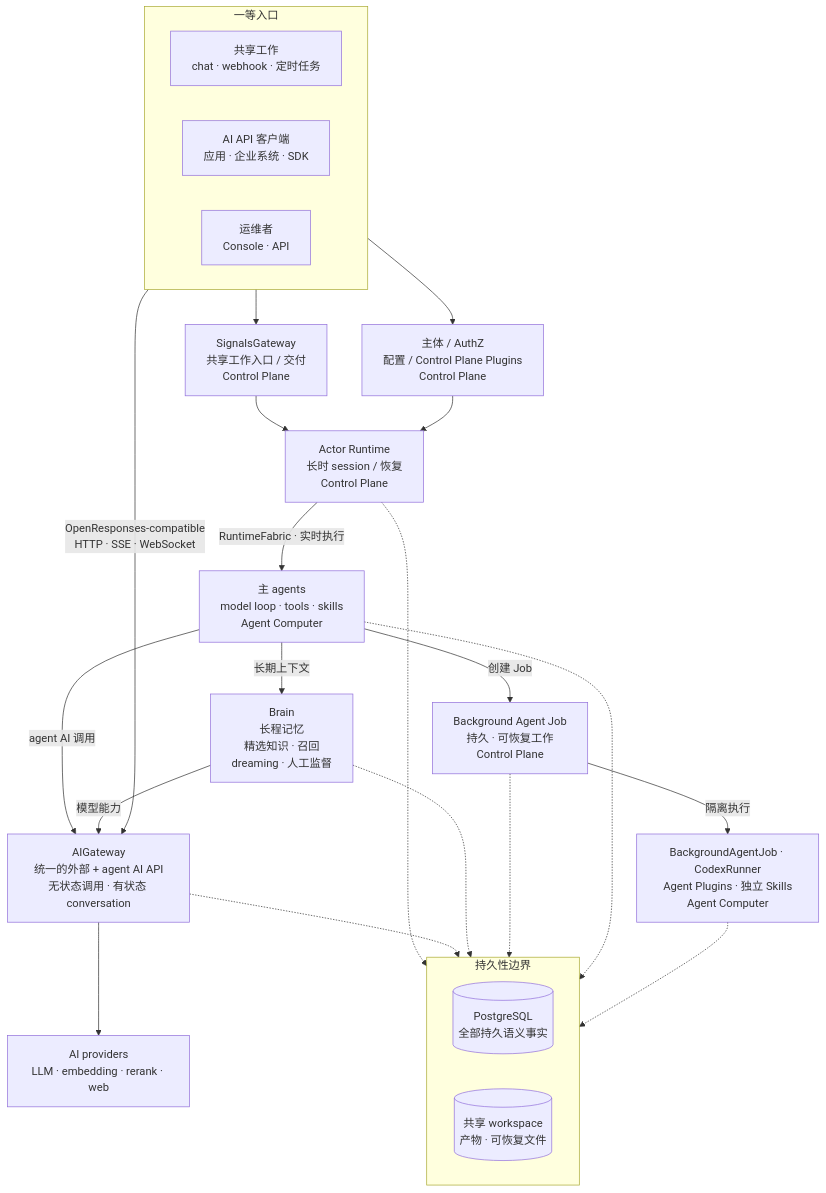
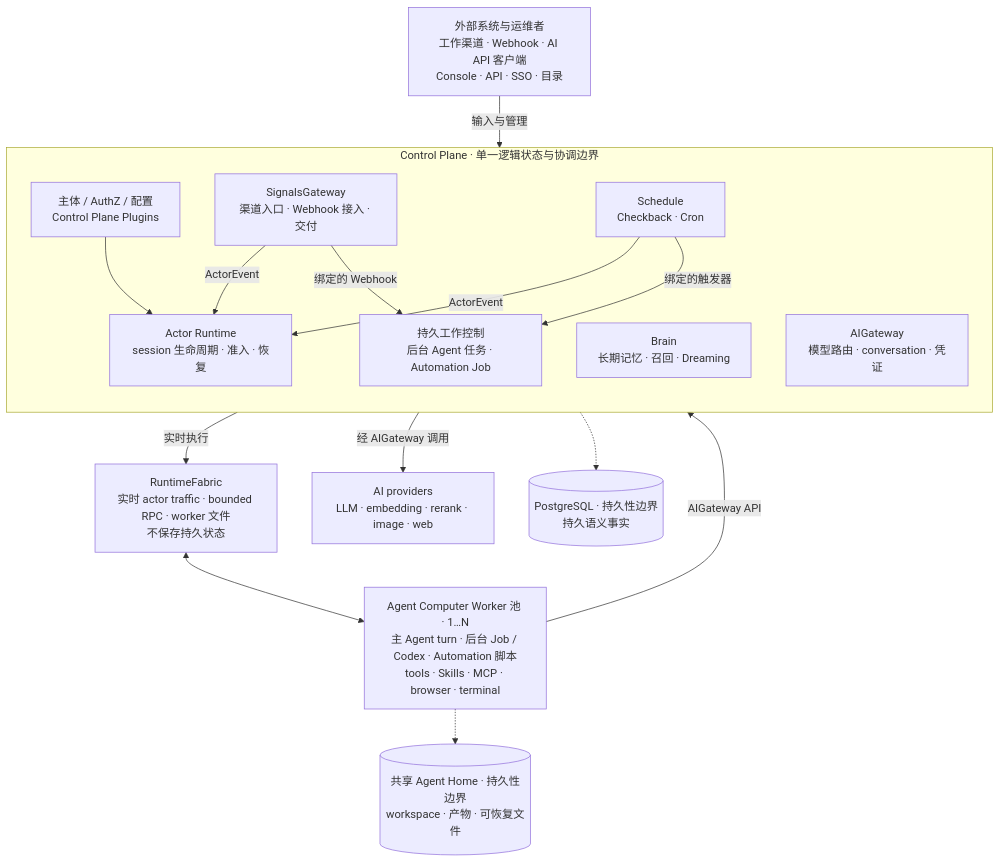
The diagram in README.zh-Hans.md (AgentBull/ankole), drawn with Mermaid before and after one commit. The commit also changed other lines of this file and 184 other files, not shown here.

First line of the commit message:
feat: Implement OCR functionality and automation job support

````diff
--- a/README.zh-Hans.md
+++ b/README.zh-Hans.md
@@ -82,43 +84,35 @@
 ```mermaid
 flowchart TB
-  subgraph Entry["一等入口"]
-    direction LR
-    Work["共享工作<br/>chat · webhook · 定时任务"]
-    Clients["AI API 客户端<br/>应用 · 企业系统 · SDK"]
-    Ops["运维者<br/>Console · API"]
+  External["外部系统与运维者<br/>工作渠道 · Webhook · AI API 客户端<br/>Console · API · SSO · 目录"]
+
+  subgraph Control["Control Plane · 单一逻辑状态与协调边界"]
+    direction TB
+    Platform["主体 / AuthZ / 配置<br/>Control Plane Plugins"]
+    SG["SignalsGateway<br/>渠道入口 · Webhook 接入 · 交付"]
+    Schedule["Schedule<br/>Checkback · Cron"]
+    Runtime["Actor Runtime<br/>session 生命周期 · 准入 · 恢复"]
+    Jobs["持久工作控制<br/>后台 Agent 任务 · Automation Job"]
+    Brain["Brain<br/>长期记忆 · 召回 · Dreaming"]
+    AI["AIGateway<br/>模型路由 · conversation · 凭证"]
   end
 
-  SG["SignalsGateway<br/>共享工作入口 / 交付<br/>Control Plane"]
-  Platform["主体 / AuthZ<br/>配置 / Control Plane Plugins<br/>Control Plane"]
-  Runtime["Actor Runtime<br/>长时 session / 恢复<br/>Control Plane"]
-  Main["主 agents<br/>model loop · tools · skills<br/>Agent Computer"]
-  Brain["Brain<br/>长程记忆<br/>精选知识 · 召回<br/>dreaming · 人工监督"]
-  Delegate["Background Agent Job<br/>持久 · 可恢复工作<br/>Control Plane"]
-  AI["AIGateway<br/>统一的外部 + agent AI API<br/>无状态调用 · 有状态 conversation"]
-  Task["BackgroundAgentJob · CodexRunner<br/>Agent Plugins · 独立 Skills<br/>Agent Computer"]
-  Providers["AI providers<br/>LLM · embedding · rerank · web"]
+  Fabric["RuntimeFabric<br/>实时 actor traffic · bounded RPC · worker 文件<br/>不保存持久状态"]
+  Workers["Agent Computer Worker 池 · 1…N<br/>主 Agent turn · 后台 Job / Codex · Automation 脚本<br/>tools · Skills · MCP · browser · terminal"]
+  Providers["AI providers<br/>LLM · embedding · rerank · image · web"]
 
-  subgraph Storage["持久性边界"]
-    direction LR
-    PG[("PostgreSQL<br/>全部持久语义事实")]
-    Workspace[("共享 workspace<br/>产物 · 可恢复文件")]
-  end
+  PG[("PostgreSQL · 持久性边界<br/>持久语义事实")]
+  Home[("共享 Agent Home · 持久性边界<br/>workspace · 产物 · 可恢复文件")]
 
-  Work --> SG --> Runtime
-  Ops --> Platform --> Runtime
-  Runtime -->|"RuntimeFabric · 实时执行"| Main
-  Clients -->|"OpenResponses-compatible<br/>HTTP · SSE · WebSocket"| AI
-  Main -->|"agent AI 调用"| AI
-  Main -->|"长期上下文"| Brain
-  Brain -->|"模型能力"| AI
-  Main -->|"创建 Job"| Delegate
-  Delegate -->|"隔离执行"| Task
-  AI --> Providers
-
-  Runtime -.-> PG
-  AI -.-> PG
-  Brain -.-> PG
-  Delegate -.-> PG
-  Main -.-> Workspace
-  Task -.-> Workspace
+  External -->|"输入与管理"| Control
+  SG -->|"ActorEvent"| Runtime
+  Schedule -->|"ActorEvent"| Runtime
+  SG -->|"绑定的 Webhook"| Jobs
+  Schedule -->|"绑定的触发器"| Jobs
+  Platform --> Runtime
+  Control -->|"实时执行"| Fabric
+  Fabric <--> Workers
+  Workers -->|"AIGateway API"| Control
+  Control -->|"经 AIGateway 调用"| Providers
+  Control -.-> PG
+  Workers -.-> Home
 ```
````
